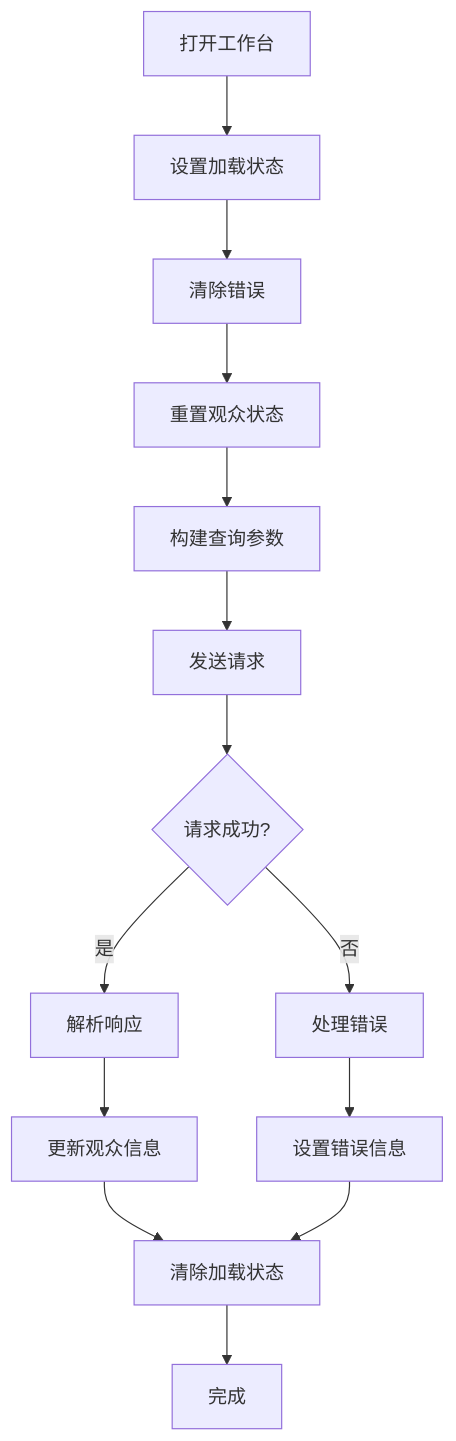
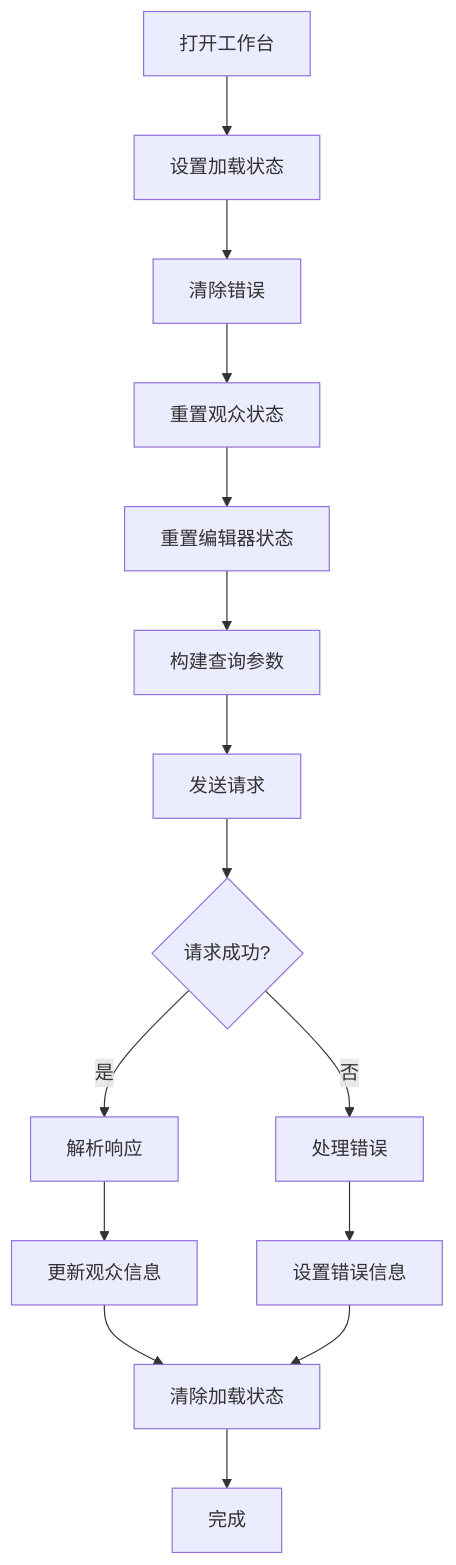
The tenth of 22 diagrams in .qoder/repowiki/zh/content/前端应用/状态管理 (Pinia).md (Moon-Force/DouYin_llm), drawn with Mermaid before and after one commit. The commit also changed other lines of this file and 17 other files, not shown here.

````diff
--- a/.qoder/repowiki/zh/content/前端应用/状态管理 (Pinia).md
+++ b/.qoder/repowiki/zh/content/前端应用/状态管理 (Pinia).md
@@ -349,16 +369,17 @@
 ```mermaid
 flowchart TD
 OpenWorkbench[打开工作台] --> SetLoading[设置加载状态]
 SetLoading --> ClearError[清除错误]
 ClearError --> ResetViewer[重置观众状态]
-ResetViewer --> BuildQuery[构建查询参数]
+ResetViewer --> ResetEditors[重置编辑器状态]
+ResetEditors --> BuildQuery[构建查询参数]
 BuildQuery --> SendRequest[发送请求]
 SendRequest --> RequestOk{请求成功?}
 RequestOk --> |否| HandleError[处理错误]
 RequestOk --> |是| ParseResponse[解析响应]
 ParseResponse --> UpdateViewer[更新观众信息]
 UpdateViewer --> ClearLoading[清除加载状态]
 HandleError --> SetError[设置错误信息]
 SetError --> ClearLoading
 ClearLoading --> End[完成]
 ```
````
